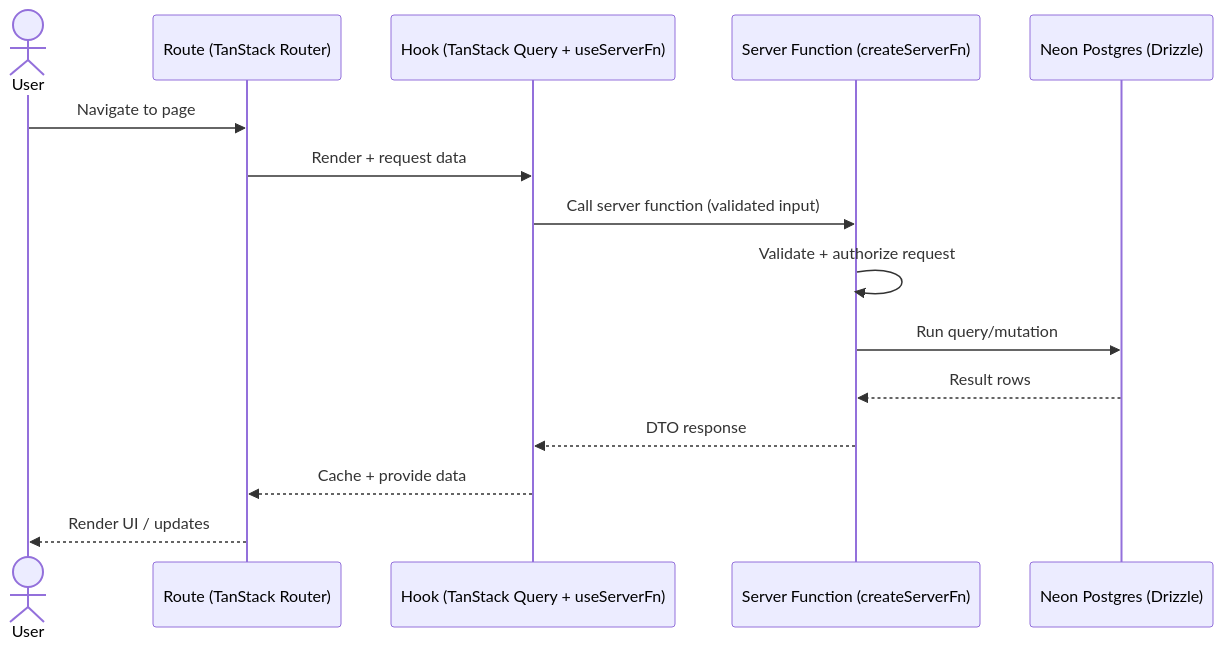
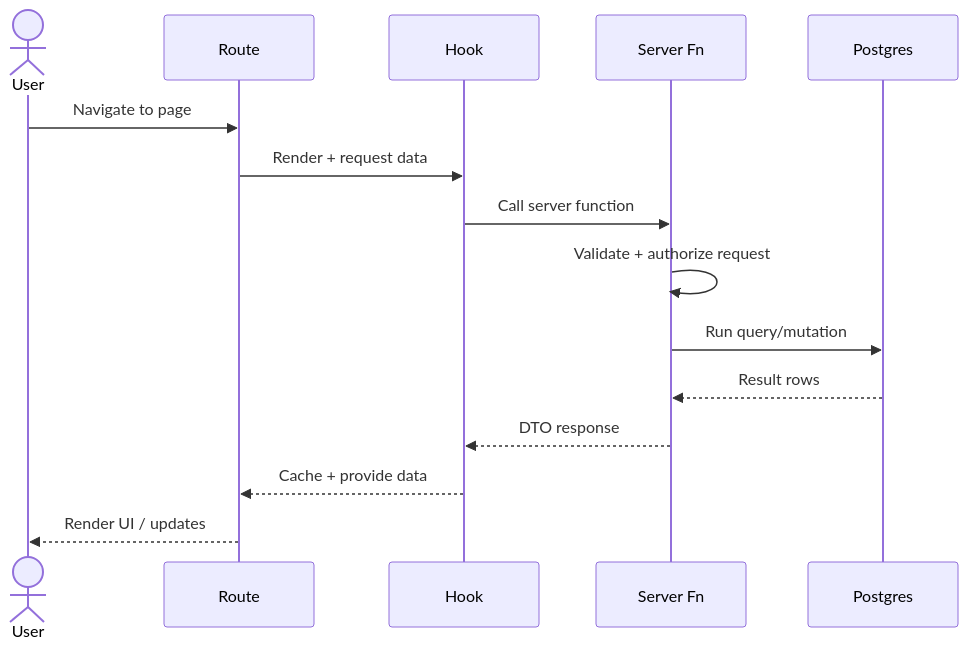
One commit to HeyHemi-dev/heyhemi changed the diagram in src/assets/projects/with-thanks/architecture-sequence.mmd. Above: the diagram before and after it, drawn with Mermaid. The commit also changed 9 other files, not shown here.

Commit message:
Upgrade beautiful-mermaid and regenerate diagram assets

```diff
--- a/src/assets/projects/with-thanks/architecture-sequence.mmd
+++ b/src/assets/projects/with-thanks/architecture-sequence.mmd
@@ -1,16 +1,16 @@
 sequenceDiagram
   actor U as User
-  participant R as Route (TanStack Router)
-  participant H as Hook (TanStack Query + useServerFn)
-  participant SF as Server Function (createServerFn)
-  participant DB as Neon Postgres (Drizzle)
+  participant R as Route
+  participant H as Hook
+  participant SF as Server Fn
+  participant DB as Postgres
 
   U->>R: Navigate to page
   R->>H: Render + request data
-  H->>SF: Call server function (validated input)
+  H->>SF: Call server function
   SF->>SF: Validate + authorize request
   SF->>DB: Run query/mutation
   DB-->>SF: Result rows
   SF-->>H: DTO response
   H-->>R: Cache + provide data
   R-->>U: Render UI / updates
```
